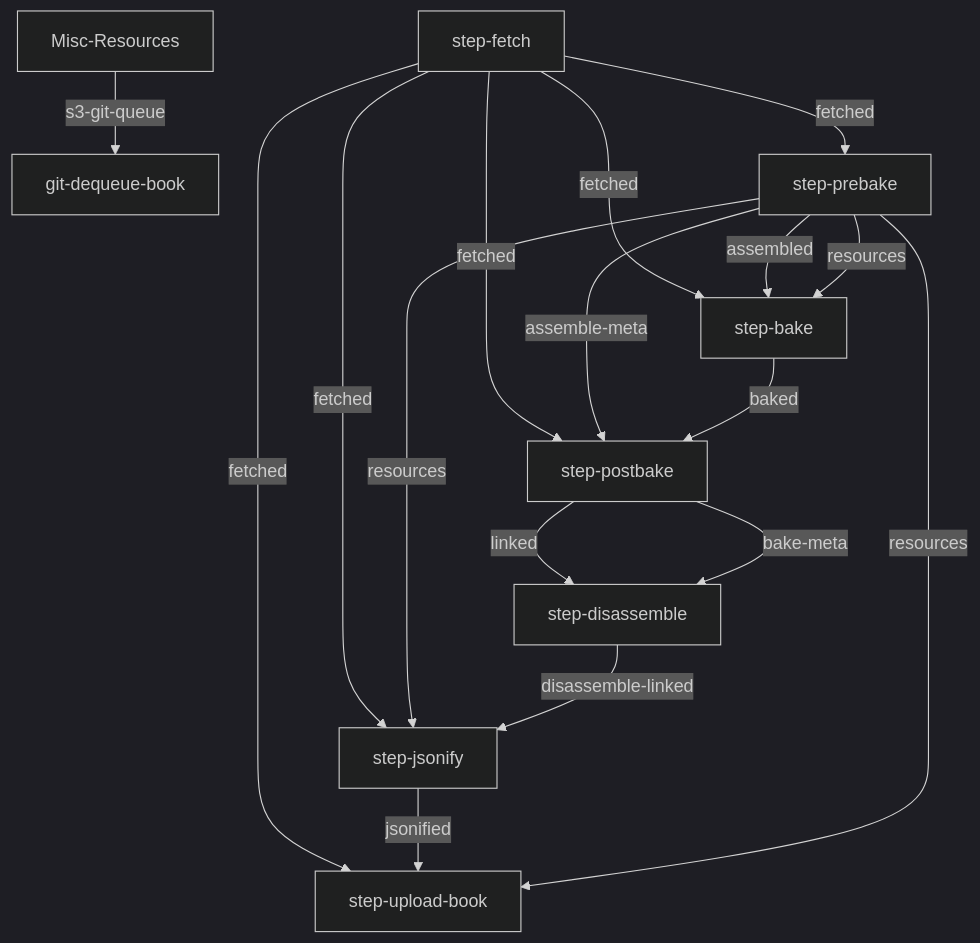
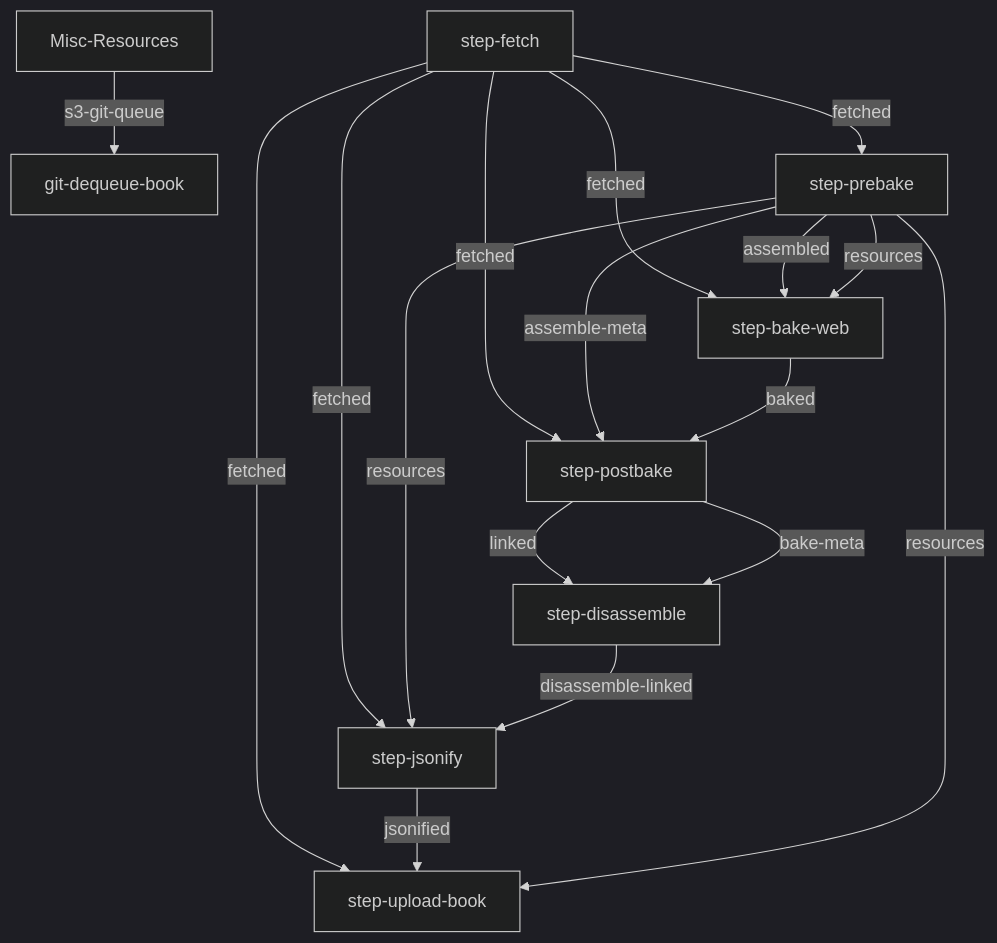
The second of 4 diagrams in build-concourse/graphs/README.md (openstax/enki), drawn with Mermaid (dark theme) before and after one commit. The commit also changed other lines of this file and 5 other files, not shown here.

Commit message:
add step-bake-web and connect to web pipeline

````diff
--- a/build-concourse/graphs/README.md
+++ b/build-concourse/graphs/README.md
@@ -32,19 +32,19 @@
 ```mermaid
 graph TB
     Misc-Resources -- s3-git-queue --> git-dequeue-book
     step-fetch -- fetched --> step-prebake
-    step-fetch -- fetched --> step-bake
-    step-prebake -- assembled --> step-bake
-    step-prebake -- resources --> step-bake
+    step-fetch -- fetched --> step-bake-web
+    step-prebake -- assembled --> step-bake-web
+    step-prebake -- resources --> step-bake-web
     step-fetch -- fetched --> step-postbake
     step-prebake -- assemble-meta --> step-postbake
-    step-bake -- baked --> step-postbake
+    step-bake-web -- baked --> step-postbake
     step-postbake -- linked --> step-disassemble
     step-postbake -- bake-meta --> step-disassemble
     step-fetch -- fetched --> step-jsonify
     step-prebake -- resources --> step-jsonify
     step-disassemble -- disassemble-linked --> step-jsonify
     step-fetch -- fetched --> step-upload-book
     step-jsonify -- jsonified --> step-upload-book
     step-prebake -- resources --> step-upload-book
 ```
````
